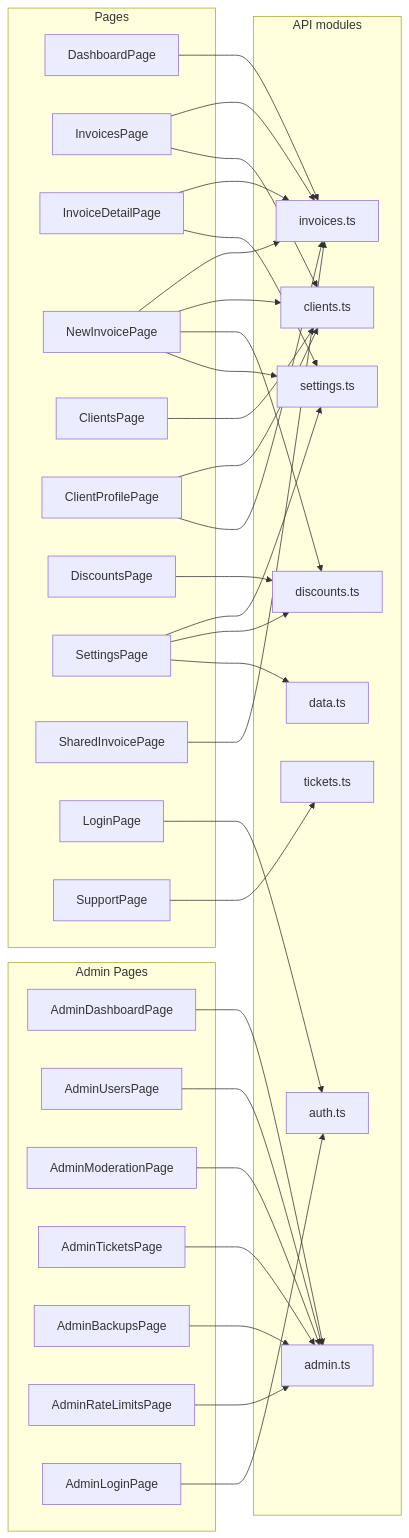
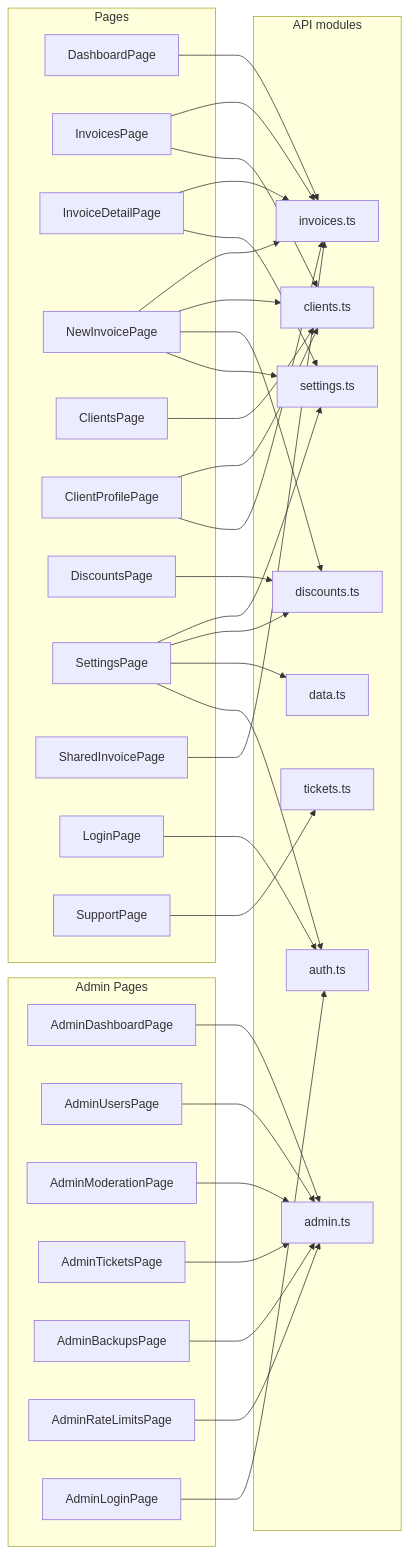
The second of 3 diagrams in docs/frontend/overview.md (becomeonewiththecode/invoicing), drawn with Mermaid before and after one commit. The commit also changed other lines of this file and 15 other files, not shown here.

````diff
--- a/docs/frontend/overview.md
+++ b/docs/frontend/overview.md
@@ -130,64 +130,65 @@
 ```mermaid
 flowchart LR
   subgraph Pages
     DASH["DashboardPage"]
     INV["InvoicesPage"]
     INVD["InvoiceDetailPage"]
     INVN["NewInvoicePage"]
     CL["ClientsPage"]
     CLP["ClientProfilePage"]
     DISC["DiscountsPage"]
     SETT["SettingsPage"]
     SHARE["SharedInvoicePage"]
     LOGIN["LoginPage"]
     SUP["SupportPage"]
   end
 
   subgraph AdminPages["Admin Pages"]
     ADASH["AdminDashboardPage"]
     AUSERS["AdminUsersPage"]
     AMOD["AdminModerationPage"]
     ATIX["AdminTicketsPage"]
     ABACK["AdminBackupsPage"]
     ARL["AdminRateLimitsPage"]
     ALOGIN["AdminLoginPage"]
   end
 
   subgraph APIs["API modules"]
     A_AUTH["auth.ts"]
     A_INV["invoices.ts"]
     A_CL["clients.ts"]
     A_DISC["discounts.ts"]
     A_SET["settings.ts"]
     A_DATA["data.ts"]
     A_ADM["admin.ts"]
     A_TIX["tickets.ts"]
   end
 
   LOGIN --> A_AUTH
   ALOGIN --> A_AUTH
   DASH --> A_INV
   INV --> A_INV
   INV --> A_CL
   INVD --> A_INV
   INVD --> A_SET
   INVN --> A_INV
   INVN --> A_CL
   INVN --> A_DISC
   INVN --> A_SET
   CL --> A_CL
   CLP --> A_CL
   CLP --> A_INV
   DISC --> A_DISC
   SETT --> A_SET
   SETT --> A_DISC
   SETT --> A_DATA
+  SETT --> A_AUTH
   SHARE --> A_INV
   SUP --> A_TIX
   ADASH --> A_ADM
   AUSERS --> A_ADM
   AMOD --> A_ADM
   ATIX --> A_ADM
   ABACK --> A_ADM
   ARL --> A_ADM
 ```
````
